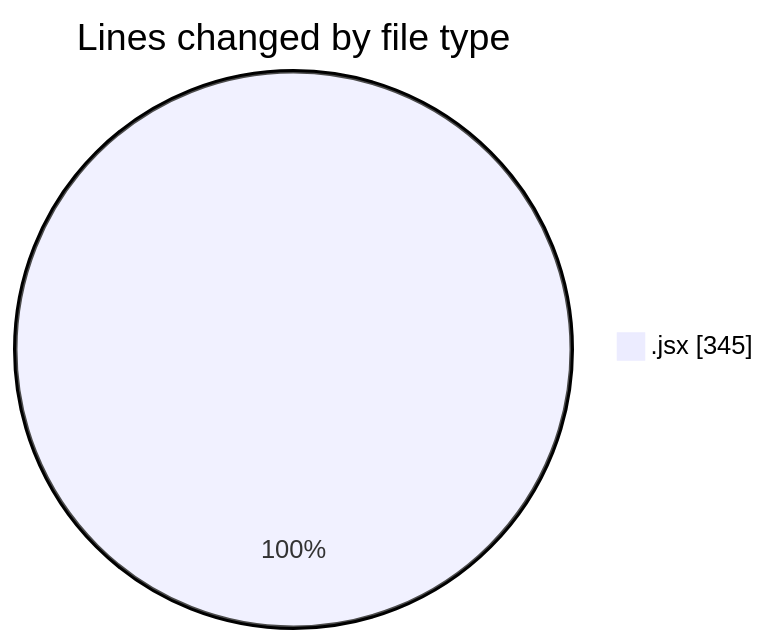
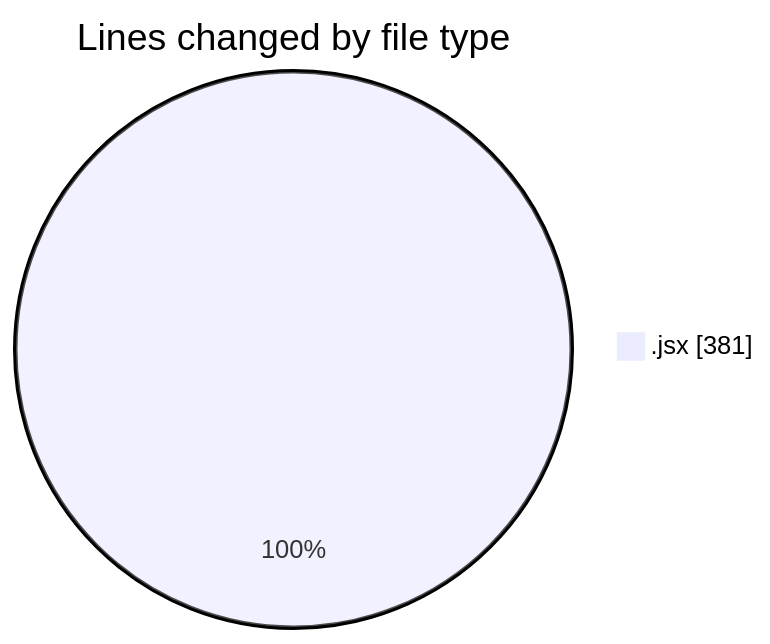
Before and after one commit to nxtqubesakshisongat/code-tracking: the first of 2 diagrams in 2025-05-15/argos-dev/README.md, drawn with Mermaid. The commit also changed other lines of this file and 1 other file, not shown here.

````diff
--- a/2025-05-15/argos-dev/README.md
+++ b/2025-05-15/argos-dev/README.md
@@ -20,5 +20,5 @@
 ```mermaid
 pie showData
 title Lines changed by file type
-".jsx" : 345
+".jsx" : 381
 ```
````
